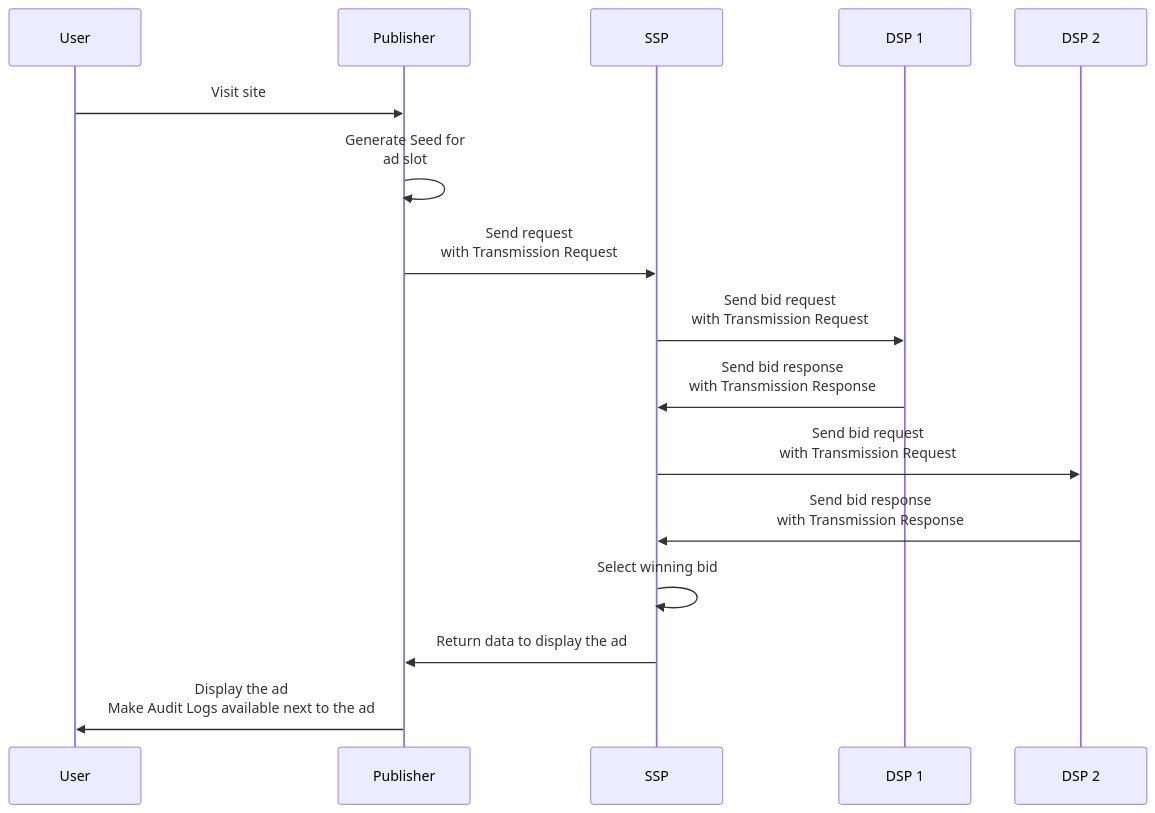
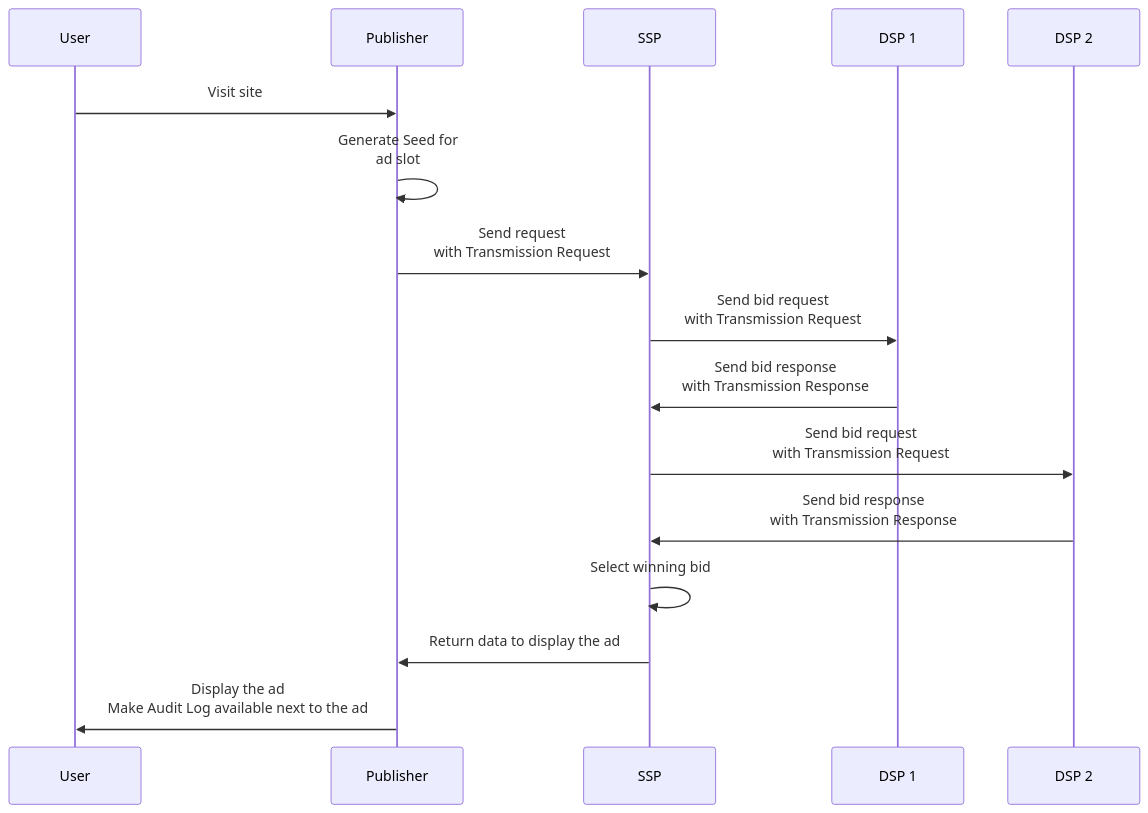
Before and after one commit to OneKey-Network/addressability-framework: the first of 4 diagrams in mvp-spec/ad-auction.md, drawn with Mermaid. The commit also changed other lines of this file, not shown here.

````diff
--- a/mvp-spec/ad-auction.md
+++ b/mvp-spec/ad-auction.md
@@ -65,19 +64,19 @@
 ```mermaid
 sequenceDiagram
     participant User
     participant Publisher
     participant SSP
     participant DSP 1
     participant DSP 2
 
     User->>Publisher: Visit site
     Publisher->>Publisher: Generate Seed for <br /> ad slot
     Publisher->>SSP: Send request<br />with Transmission Request
     SSP->>DSP 1: Send bid request<br />with Transmission Request
     DSP 1->>SSP: Send bid response<br />with Transmission Response
     SSP->>DSP 2: Send bid request<br />with Transmission Request
     DSP 2->>SSP: Send bid response<br />with Transmission Response
     SSP->>SSP: Select winning bid
     SSP->>Publisher: Return data to display the ad
-    Publisher->>User: Display the ad <br />Make Audit Logs available next to the ad
+    Publisher->>User: Display the ad <br />Make Audit Log available next to the ad
 ```
````
